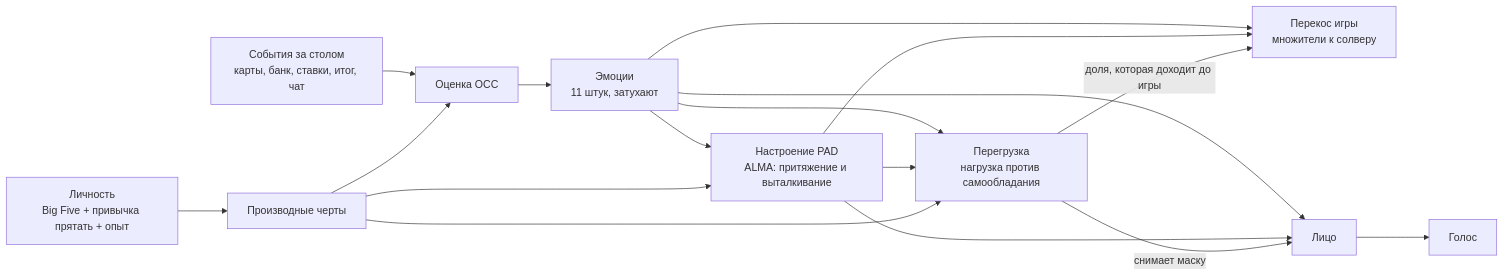
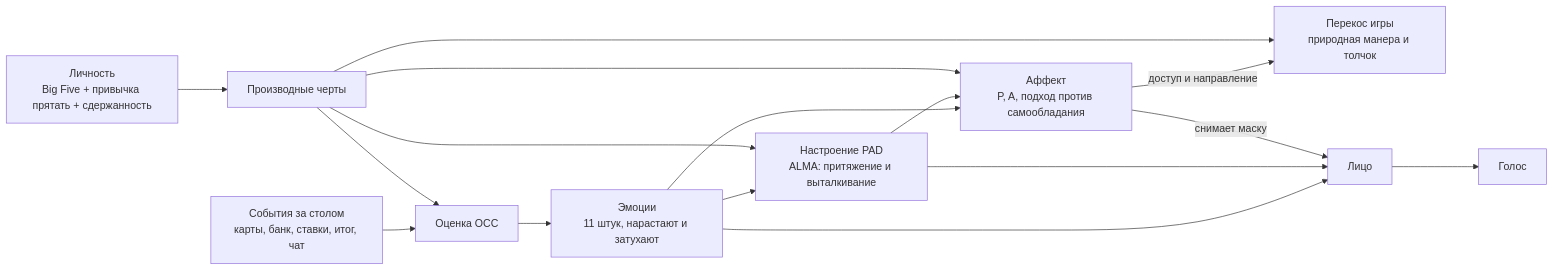
One commit to andrewforester/Mallorca changed the diagram in docs/emotion/README.md. Above: the diagram before and after it, drawn with Mermaid. The commit also changed other lines of this file and 66 other files, not shown here.

````diff
--- a/docs/emotion/README.md
+++ b/docs/emotion/README.md
@@ -50,19 +50,18 @@
 ```mermaid
 flowchart LR
-  P[Личность<br/>Big Five + привычка прятать + опыт] --> T[Производные черты]
+  P[Личность<br/>Big Five + привычка прятать + сдержанность] --> T[Производные черты]
   E1[События за столом<br/>карты, банк, ставки, итог, чат] --> A[Оценка OCC]
   T --> A
-  A --> EM[Эмоции<br/>11 штук, затухают]
+  A --> EM[Эмоции<br/>11 штук, нарастают и затухают]
   EM --> M[Настроение PAD<br/>ALMA: притяжение и выталкивание]
   T --> M
-  EM --> L[Перегрузка<br/>нагрузка против самообладания]
+  EM --> L[Аффект<br/>P, A, подход против самообладания]
   M --> L
   T --> L
-  EM --> S[Перекос игры<br/>множители к солверу]
-  M --> S
-  L -->|доля, которая доходит до игры| S
+  L -->|доступ и направление| S[Перекос игры<br/>природная манера и толчок]
+  T --> S
   EM --> F[Лицо]
   M --> F
   L -->|снимает маску| F
   F --> V[Голос]
 ```
````
